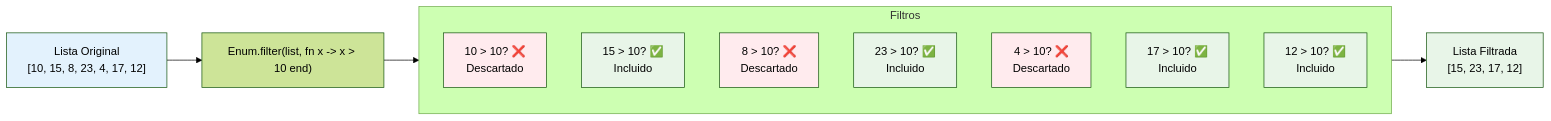
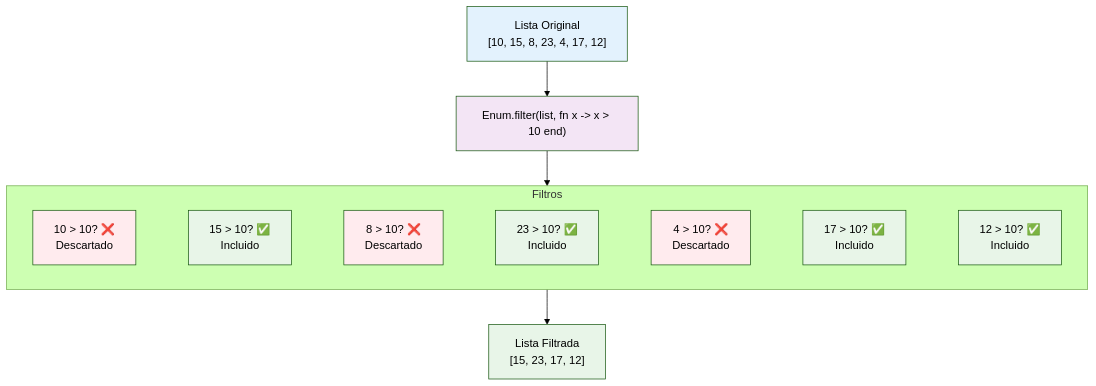
The second of 3 diagrams in docs/5.colecciones.md (caflorezvi/guias-programacion3), drawn with Mermaid (forest theme) before and after one commit. The commit also changed other lines of this file, not shown here.

```diff
--- a/docs/5.colecciones.md
+++ b/docs/5.colecciones.md
@@ -242,32 +245,38 @@
 <div class="mermaid" style="text-align: center;">
-flowchart LR
+flowchart TD
     Input["Lista Original<br/>[10, 15, 8, 23, 4, 17, 12]"]
 
     Code["Enum.filter(list, fn x -> x > 10 end)"]
     
+    %% subgraph con conexiones internas primero
     subgraph Filter["Filtros"]
-        C1["10 > 10? ❌<br/>Descartado"]
-        C2["15 > 10? ✅<br/>Incluido"]
-        C3["8 > 10? ❌<br/>Descartado"]
-        C4["23 > 10? ✅<br/>Incluido"] 
-        C5["4 > 10? ❌<br/>Descartado"]
-        C6["17 > 10? ✅<br/>Incluido"]
-        C7["12 > 10? ✅<br/>Incluido"]
+        direction LR
+        C1["10 > 10? ❌<br/>Descartado"] --- C2["15 > 10? ✅<br/>Incluido"]
+        C2 --- C3["8 > 10? ❌<br/>Descartado"]
+        C3 --- C4["23 > 10? ✅<br/>Incluido"] 
+        C4 --- C5["4 > 10? ❌<br/>Descartado"]
+        C5 --- C6["17 > 10? ✅<br/>Incluido"]
+        C6 --- C7["12 > 10? ✅<br/>Incluido"]
     end
     
     Output["Lista Filtrada<br/>[15, 23, 17, 12]"]
     
+    %% enlaces externos
     Input --> Code
     Code --> Filter
     Filter --> Output
     
+    %% estilos
     style Input fill:#e3f2fd
+    style Code fill:#f3e5f5
     style Output fill:#e8f5e8
     style C1 fill:#ffebee
     style C2 fill:#e8f5e8
     style C3 fill:#ffebee
     style C4 fill:#e8f5e8
     style C5 fill:#ffebee
     style C6 fill:#e8f5e8
     style C7 fill:#e8f5e8
+
+    linkStyle 0,1,2,3,4,5 stroke-width:0px,stroke-opacity:0,opacity:0
 </div>
```
